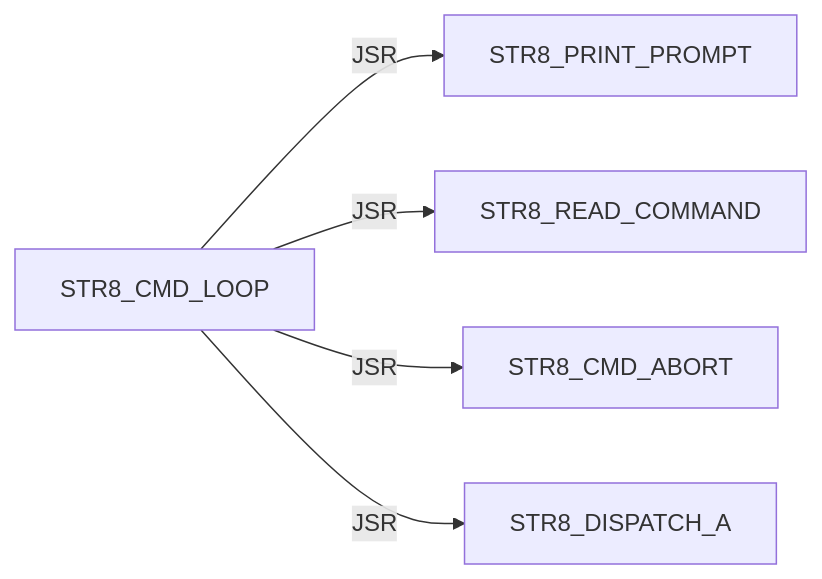
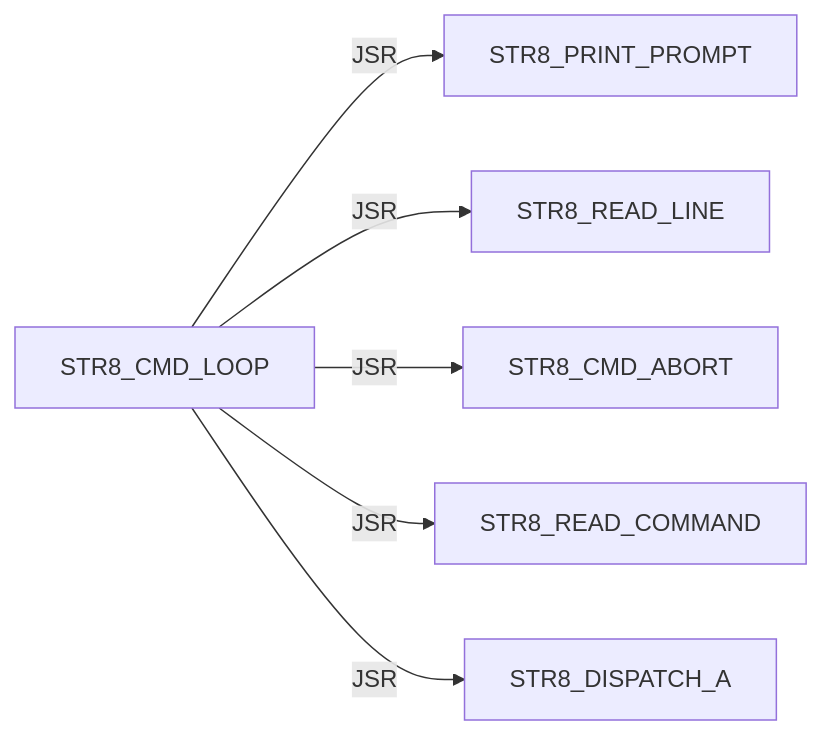
Diagram 37 of 41 in DOC/GUIDES/STR8/STR8_EDGE_DUMP.md (95westus/R-YORS), drawn with Mermaid before and after one commit. The commit also changed other lines of this file and 40 other files, not shown here.

````diff
--- a/DOC/GUIDES/STR8/STR8_EDGE_DUMP.md
+++ b/DOC/GUIDES/STR8/STR8_EDGE_DUMP.md
@@ -394,7 +460,8 @@
 ```mermaid
 flowchart LR
     N0["STR8_CMD_LOOP"] -->|JSR| N1["STR8_PRINT_PROMPT"]
-    N0["STR8_CMD_LOOP"] -->|JSR| N2["STR8_READ_COMMAND"]
+    N0["STR8_CMD_LOOP"] -->|JSR| N2["STR8_READ_LINE"]
     N0["STR8_CMD_LOOP"] -->|JSR| N3["STR8_CMD_ABORT"]
-    N0["STR8_CMD_LOOP"] -->|JSR| N4["STR8_DISPATCH_A"]
+    N0["STR8_CMD_LOOP"] -->|JSR| N4["STR8_READ_COMMAND"]
+    N0["STR8_CMD_LOOP"] -->|JSR| N5["STR8_DISPATCH_A"]
 ```
````
